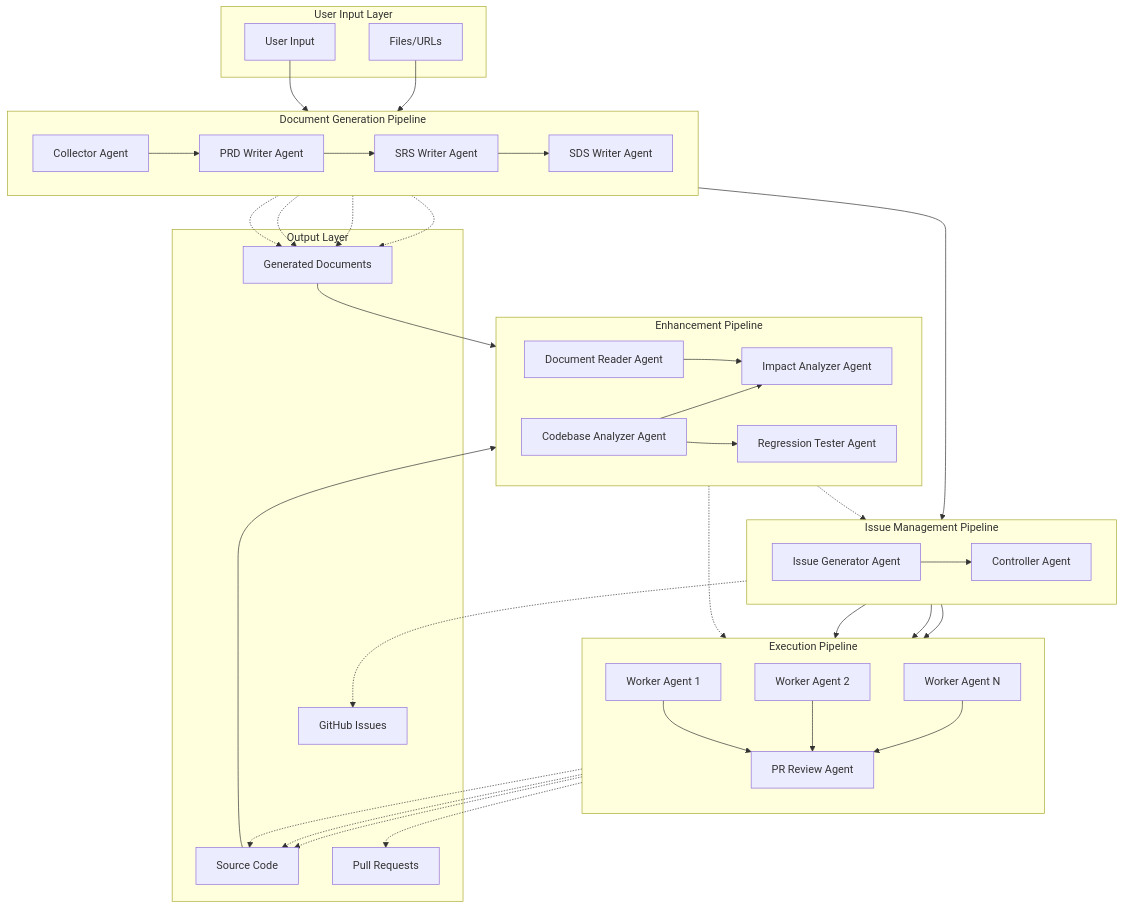
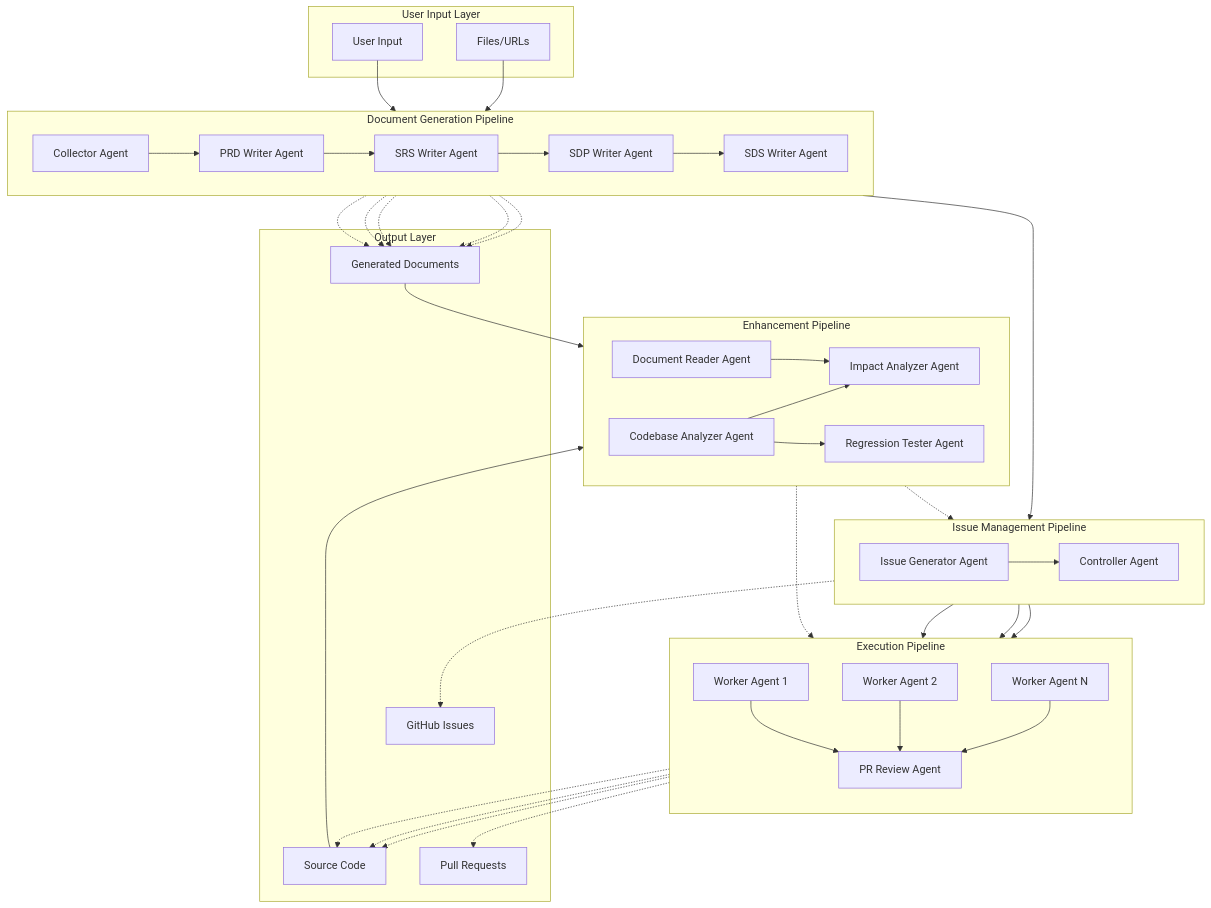
Before and after one commit to kcenon/claude_code_agent: the first of 7 diagrams in docs/system-architecture.kr.md, drawn with Mermaid. The commit also changed other lines of this file and 16 other files, not shown here.

First line of the commit message:
feat(sdp-writer): add Software Development Plan writer agent (#758)

```diff
--- a/docs/system-architecture.kr.md
+++ b/docs/system-architecture.kr.md
@@ -14,6 +14,7 @@
         COLLECT[Collector Agent]
         PRD[PRD Writer Agent]
         SRS[SRS Writer Agent]
+        SDP[SDP Writer Agent]
         SDS[SDS Writer Agent]
     end
 
@@ -51,7 +52,8 @@
 
     COLLECT --> PRD
     PRD --> SRS
-    SRS --> SDS
+    SRS --> SDP
+    SDP --> SDS
 
     SDS --> ISSUE
     ISSUE --> CTRL
@@ -67,6 +69,7 @@
     COLLECT -.-> DOCS
     PRD -.-> DOCS
     SRS -.-> DOCS
+    SDP -.-> DOCS
     SDS -.-> DOCS
     ISSUE -.-> ISSUES
     WORKER1 -.-> CODE
```
